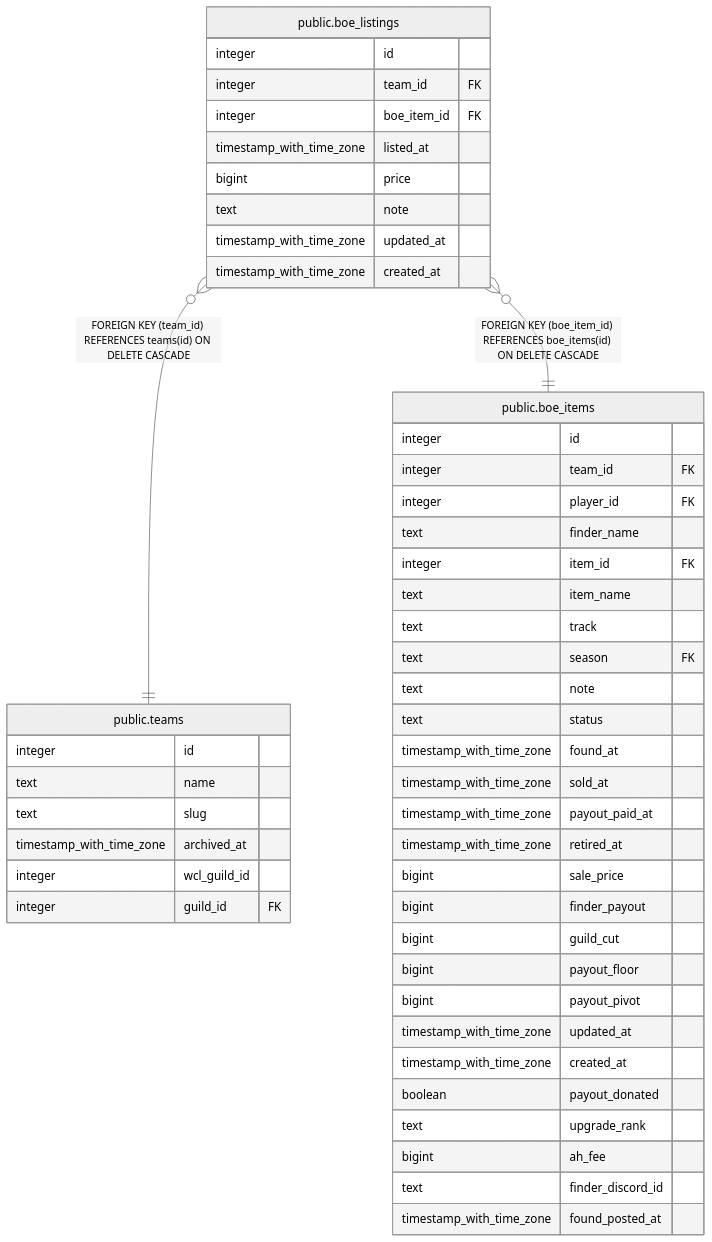
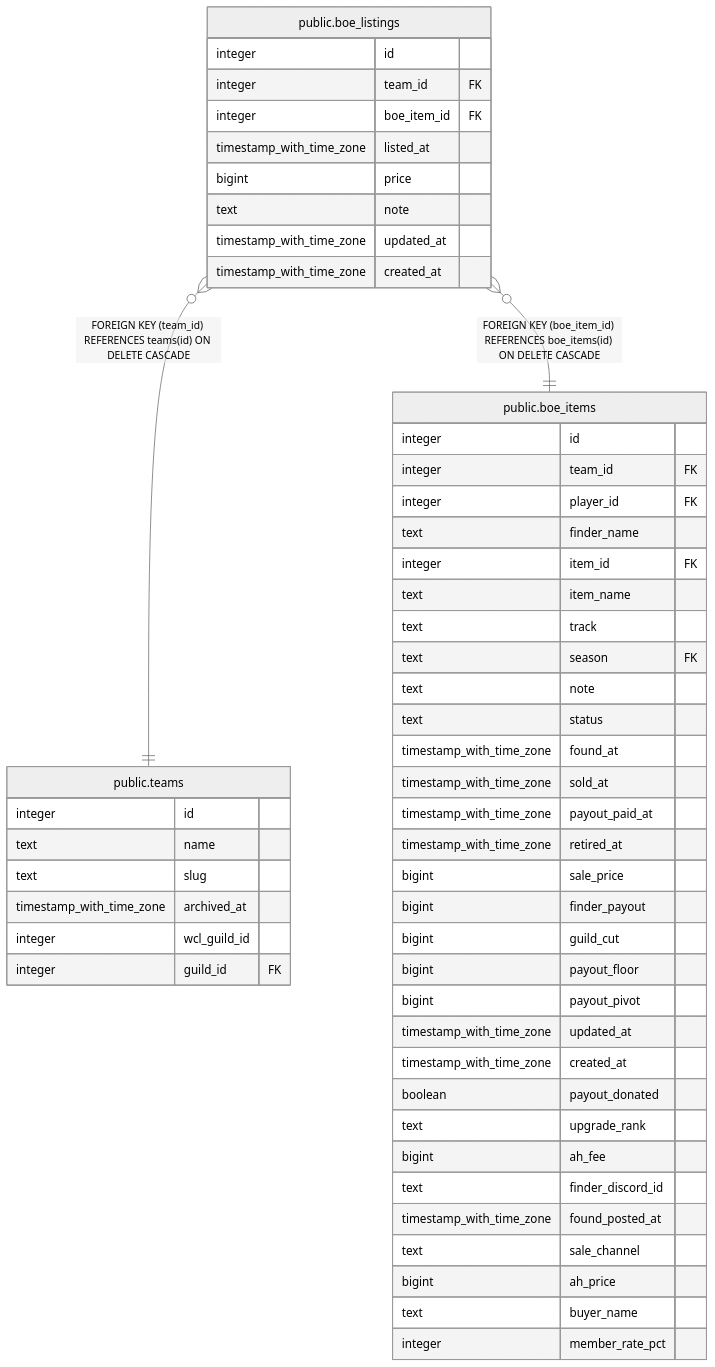
The diagram in dbdoc/public.boe_listings.md (katogaming88/WGA-Raid-Hub), drawn with Mermaid (neutral theme) before and after one commit. The commit also changed 13 other files, not shown here.

First line of the commit message:
Guild member sales: record the buyer and both prices (#1593)

````diff
--- a/dbdoc/public.boe_listings.md
+++ b/dbdoc/public.boe_listings.md
@@ -41,53 +41,57 @@
 ```mermaid
 erDiagram
 
 "public.boe_listings" }o--|| "public.teams" : "FOREIGN KEY (team_id) REFERENCES teams(id) ON DELETE CASCADE"
 "public.boe_listings" }o--|| "public.boe_items" : "FOREIGN KEY (boe_item_id) REFERENCES boe_items(id) ON DELETE CASCADE"
 
 "public.boe_listings" {
   integer id
   integer team_id FK
   integer boe_item_id FK
   timestamp_with_time_zone listed_at
   bigint price
   text note
   timestamp_with_time_zone updated_at
   timestamp_with_time_zone created_at
 }
 "public.teams" {
   integer id
   text name
   text slug
   timestamp_with_time_zone archived_at
   integer wcl_guild_id
   integer guild_id FK
 }
 "public.boe_items" {
   integer id
   integer team_id FK
   integer player_id FK
   text finder_name
   integer item_id FK
   text item_name
   text track
   text season FK
   text note
   text status
   timestamp_with_time_zone found_at
   timestamp_with_time_zone sold_at
   timestamp_with_time_zone payout_paid_at
   timestamp_with_time_zone retired_at
   bigint sale_price
   bigint finder_payout
   bigint guild_cut
   bigint payout_floor
   bigint payout_pivot
   timestamp_with_time_zone updated_at
   timestamp_with_time_zone created_at
   boolean payout_donated
   text upgrade_rank
   bigint ah_fee
   text finder_discord_id
   timestamp_with_time_zone found_posted_at
+  text sale_channel
+  bigint ah_price
+  text buyer_name
+  integer member_rate_pct
 }
 ```
````
